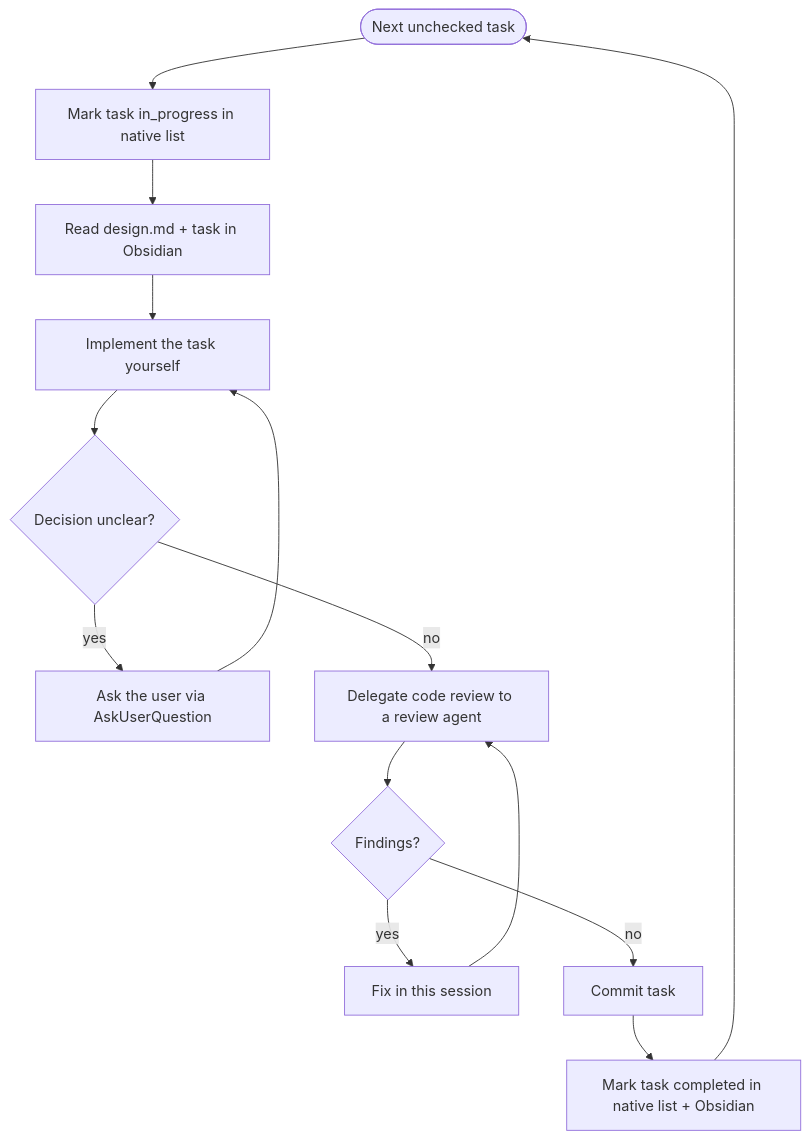
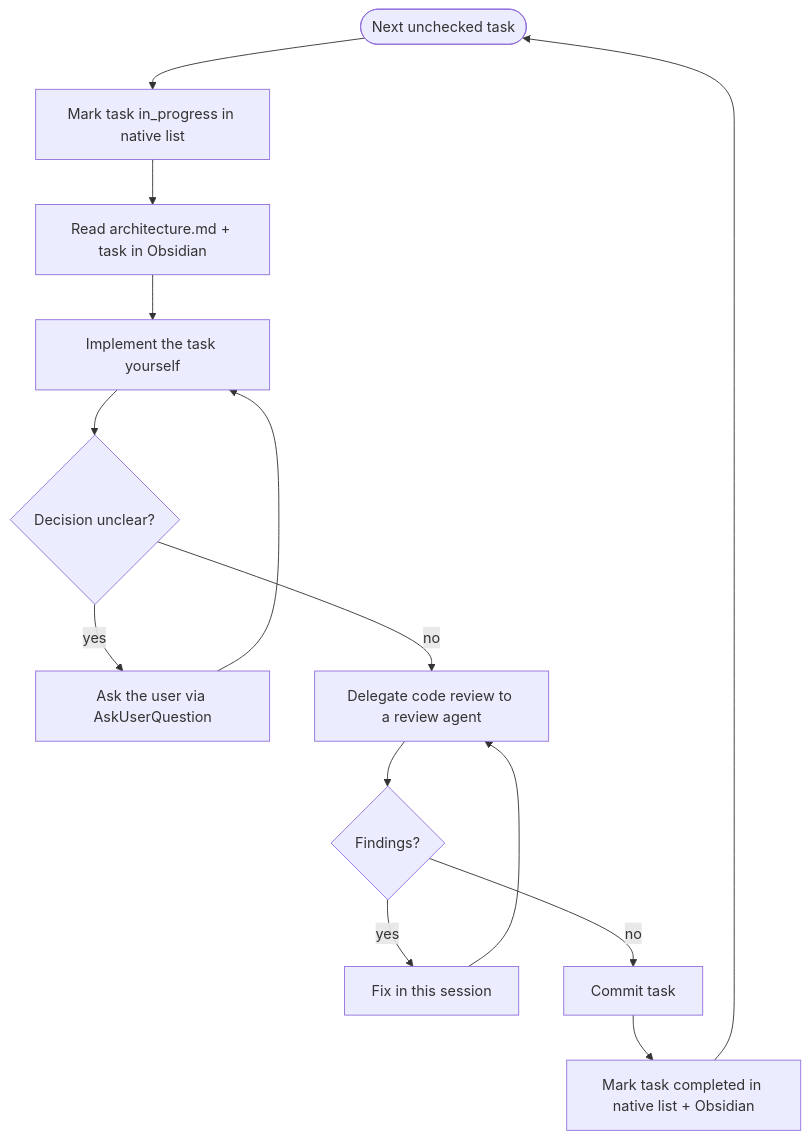
Before and after one commit to ycastorium/bionic-castor: the diagram in skills/implementing-tasks/pair-programming-flow.md, drawn with Mermaid. The commit also changed other lines of this file and 10 other files, not shown here.

Commit message:
Added new architect skill

````diff
--- a/skills/implementing-tasks/pair-programming-flow.md
+++ b/skills/implementing-tasks/pair-programming-flow.md
@@ -9,16 +9,16 @@
 ```mermaid
 flowchart TD
     Pick([Next unchecked task]) --> Prog[Mark task in_progress in native list]
-    Prog --> Read[Read design.md + task in Obsidian]
+    Prog --> Read[Read architecture.md + task in Obsidian]
     Read --> Impl[Implement the task yourself]
     Impl --> Stuck{Decision unclear?}
     Stuck -->|yes| Ask[Ask the user via AskUserQuestion]
     Ask --> Impl
     Stuck -->|no| Review[Delegate code review to a review agent]
     Review --> Findings{Findings?}
     Findings -->|yes| Fix[Fix in this session]
     Fix --> Review
     Findings -->|no| Commit[Commit task]
     Commit --> Mark[Mark task completed in native list + Obsidian]
     Mark --> Pick
 ```
````
